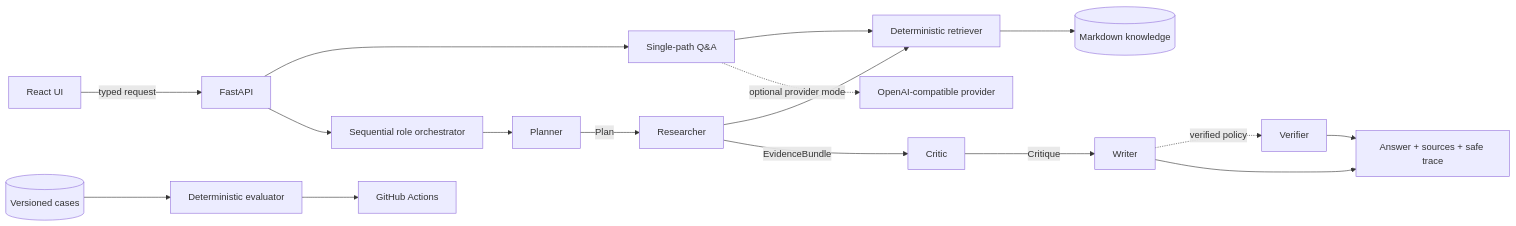
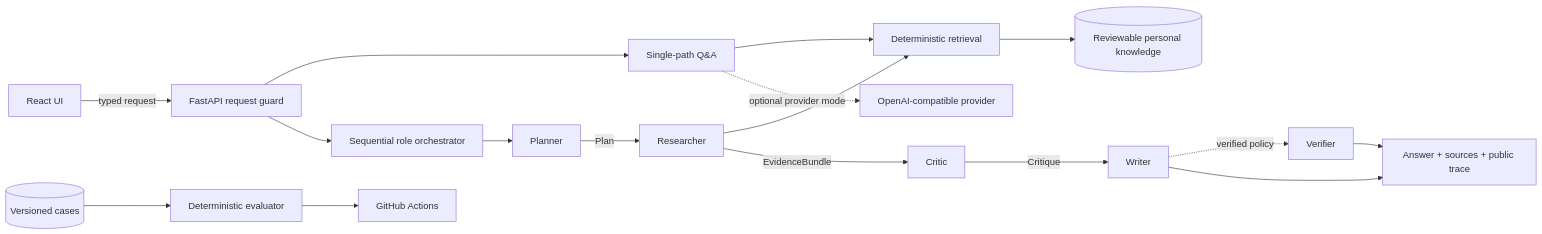
One commit to jzjzzzzzzz/agent-me changed the diagram in README.md. Above: the diagram before and after it, drawn with Mermaid. The commit also changed other lines of this file and 13 other files, not shown here.

````diff
--- a/README.md
+++ b/README.md
@@ -96,19 +119,19 @@
 ```mermaid
 flowchart LR
-  Browser[React UI] -->|typed request| API[FastAPI]
+  Browser[React UI] -->|typed request| API[FastAPI request guard]
   API --> Chat[Single-path Q&A]
   API --> Flow[Sequential role orchestrator]
-  Chat --> Search[Deterministic retriever]
+  Chat --> Search[Deterministic retrieval]
   Flow --> P[Planner]
   P -->|Plan| R[Researcher]
   R --> Search
-  Search --> Docs[(Markdown knowledge)]
+  Search --> Docs[(Reviewable personal knowledge)]
   R -->|EvidenceBundle| C[Critic]
   C -->|Critique| W[Writer]
   W -. verified policy .-> V[Verifier]
-  W --> Result[Answer + sources + safe trace]
+  W --> Result[Answer + sources + public trace]
   V --> Result
   Chat -. optional provider mode .-> Provider[OpenAI-compatible provider]
   Cases[(Versioned cases)] --> Eval[Deterministic evaluator]
   Eval --> CI[GitHub Actions]
 ```
````
